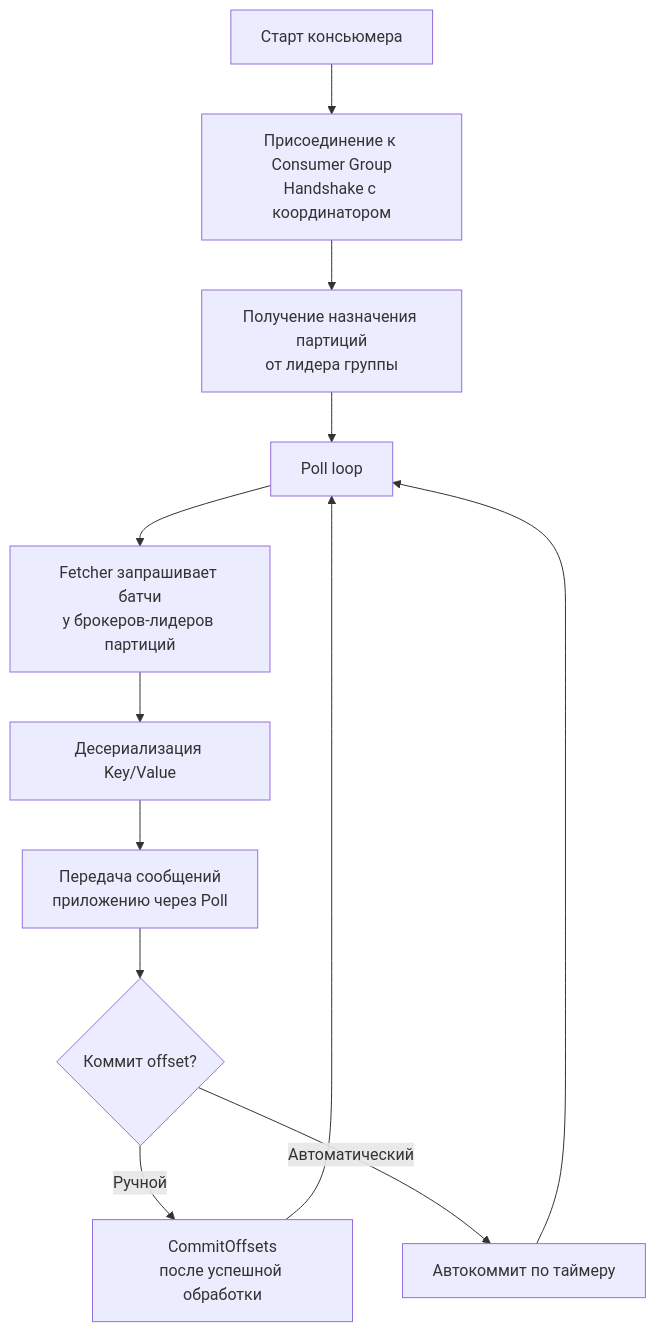
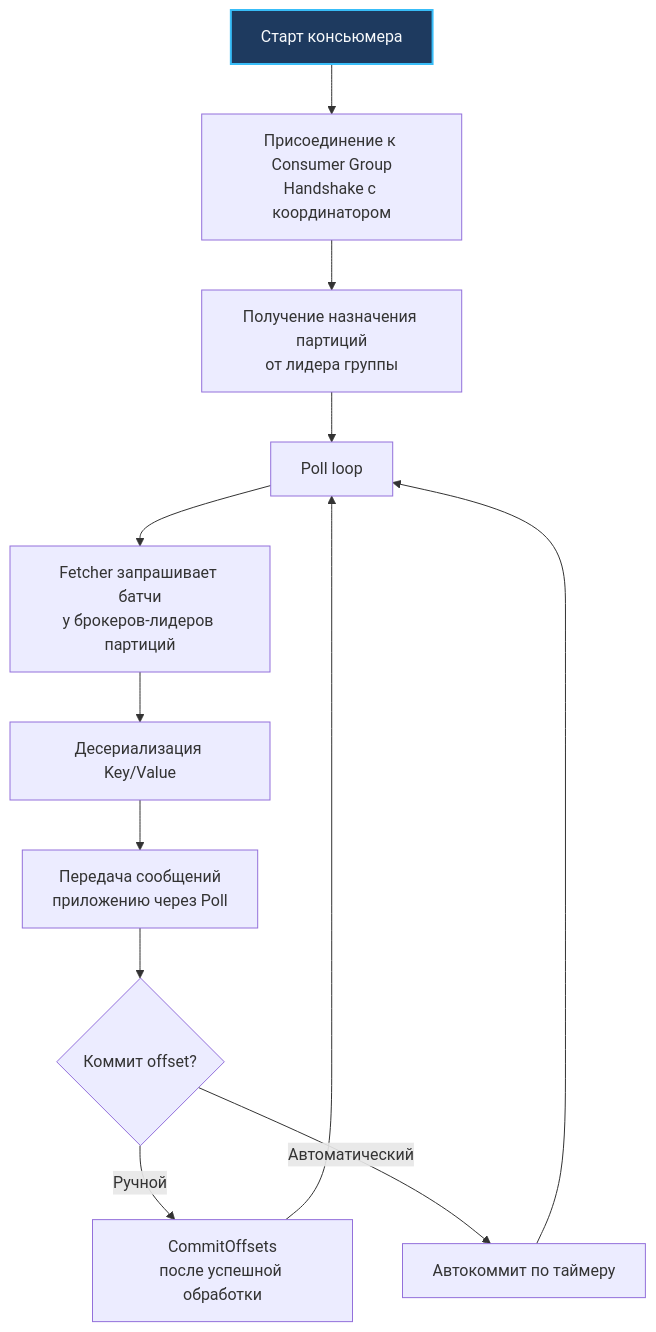
One commit to UnrealTemplier/go-textbook changed the fourth of 5 diagrams in sources/13. Очереди, брокеры сообщений и оркестраторы/03. Kafka/3. Producer и consumer.md. Above: the diagram before and after it, drawn with Mermaid. The commit also changed other lines of this file and 1666 other files, not shown here.

First line of the commit message:
feat(mermaid): add semantic color classDef to 1369 colorless flowchart/graph diagrams

````diff
--- a/sources/13. Очереди, брокеры сообщений и оркестраторы/03. Kafka/3. Producer и consumer.md
+++ b/sources/13. Очереди, брокеры сообщений и оркестраторы/03. Kafka/3. Producer и consumer.md
@@ -272,14 +292,24 @@
 ```mermaid
 flowchart TD
-    Start["Старт консьюмера"] --> Join["Присоединение к Consumer Group<br>Handshake с координатором"]
+    classDef process  fill:#1e293b,stroke:#38bdf8,stroke-width:1px,color:#f8fafc
+    classDef success  fill:#064e3b,stroke:#34d399,stroke-width:1px,color:#f8fafc
+    classDef error    fill:#7f1d1d,stroke:#f87171,stroke-width:1px,color:#f8fafc
+    classDef warning  fill:#78350f,stroke:#fbbf24,stroke-width:1px,color:#f8fafc
+    classDef entry    fill:#1e3a5f,stroke:#38bdf8,stroke-width:2px,color:#f8fafc
+    classDef aux      fill:#334155,stroke:#64748b,stroke-width:1px,color:#f8fafc
+    classDef system   fill:#312e81,stroke:#a78bfa,stroke-width:1px,color:#f8fafc
+    classDef data     fill:#132d29,stroke:#2dd4bf,stroke-width:1px,color:#f8fafc
+    classDef network  fill:#881337,stroke:#fb7185,stroke-width:1px,color:#f8fafc
+    classDef accent   fill:#1e1b4b,stroke:#818cf8,stroke-width:1px,color:#f8fafc
+    Start["Старт консьюмера"]:::entry --> Join["Присоединение к Consumer Group<br>Handshake с координатором"]
     Join --> Assign["Получение назначения партиций<br>от лидера группы"]
     Assign --> Poll["Poll loop"]
     Poll --> Fetch["Fetcher запрашивает батчи<br>у брокеров-лидеров партиций"]
     Fetch --> Deser["Десериализация Key/Value"]
     Deser --> Process["Передача сообщений<br>приложению через Poll"]
     Process --> Commit{"Коммит offset?"}
     Commit -->|"Ручной"| Manual["CommitOffsets<br>после успешной обработки"]
     Commit -->|"Автоматический"| Auto["Автокоммит по таймеру"]
     Manual --> Poll
     Auto --> Poll
 ```
````
